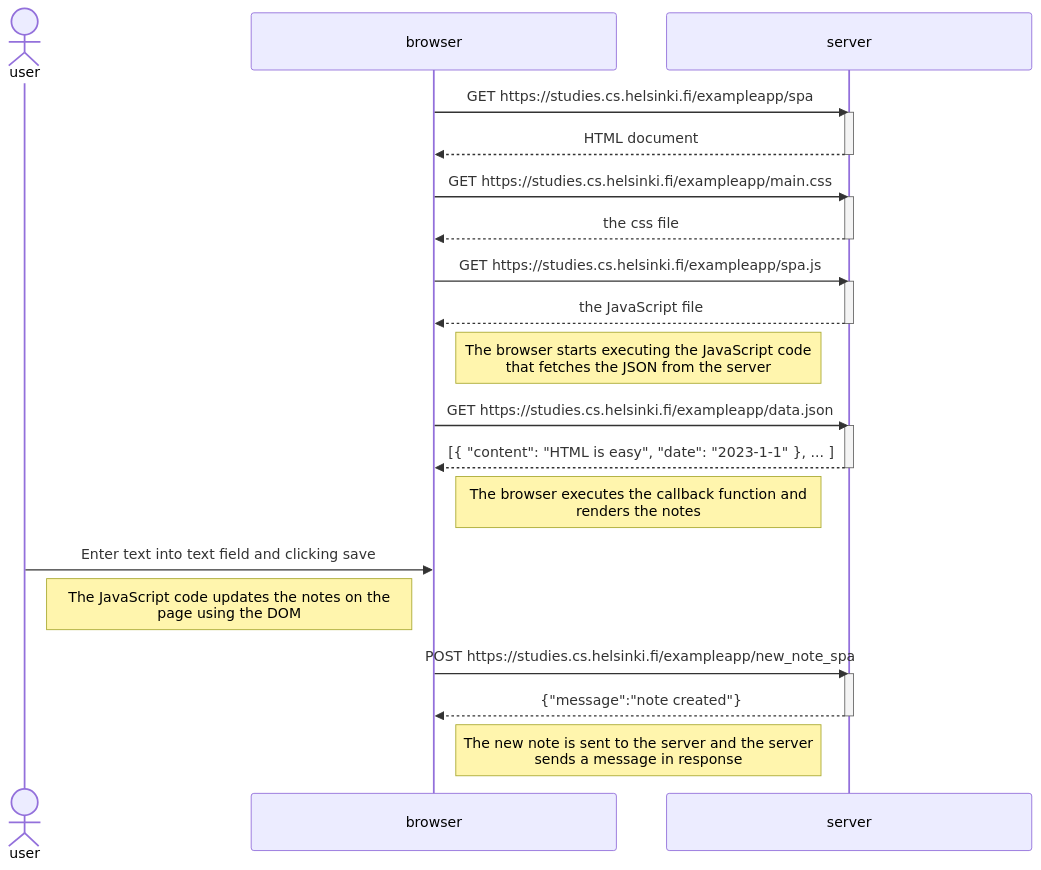
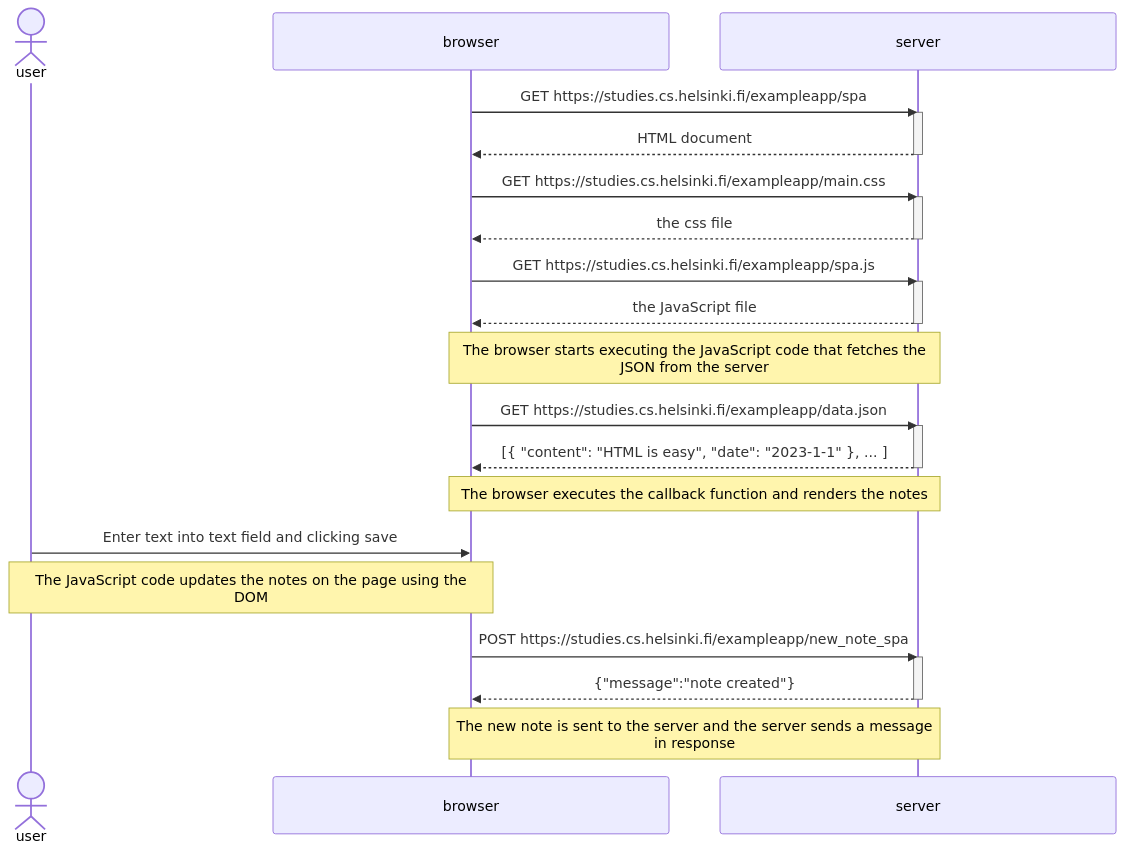
One commit to austintriggs/FullStackOpen-Exercises changed the third of 3 diagrams in part0.md. Above: the diagram before and after it, drawn with Mermaid. The commit also changed other lines of this file, not shown here.

````diff
--- a/part0.md
+++ b/part0.md
@@ -108,40 +112,41 @@
 ```mermaid
-%%{init: { "sequence": { "wrap": true, "width":415 } } }%%
+%%{init: { "sequence": { "wrap": true, "width":450 } } }%%
+
 sequenceDiagram
     actor user
     participant browser
     participant server
     
     browser->>server: GET https://studies.cs.helsinki.fi/exampleapp/spa
     activate server
     server-->>browser: HTML document
     deactivate server
     
     browser->>server: GET https://studies.cs.helsinki.fi/exampleapp/main.css
     activate server
     server-->>browser: the css file
     deactivate server
     
     browser->>server: GET https://studies.cs.helsinki.fi/exampleapp/spa.js
     activate server
     server-->>browser: the JavaScript file
     deactivate server
     
-    Note right of browser: The browser starts executing the JavaScript code that fetches the JSON from the server
+    Note over browser,server: The browser starts executing the JavaScript code that fetches the JSON from the server
     
     browser->>server: GET https://studies.cs.helsinki.fi/exampleapp/data.json
     activate server
     server-->>browser: [{ "content": "HTML is easy", "date": "2023-1-1" }, ... ]
     deactivate server    
 
-    Note right of browser: The browser executes the callback function and renders the notes
+    Note over browser,server: The browser executes the callback function and renders the notes
 
     user->>browser: Enter text into text field and clicking save
-    Note right of user: The JavaScript code updates the notes on the page using the DOM
+    Note over user,browser: The JavaScript code updates the notes on the page using the DOM
     browser->>server: POST https://studies.cs.helsinki.fi/exampleapp/new_note_spa
     activate server
     server-->>browser: {"message":"note created"}
     deactivate server
     
-    Note right of browser: The new note is sent to the server and the server sends a message in response
+    Note over browser,server: The new note is sent to the server and the server sends a message in response
 ```
````
